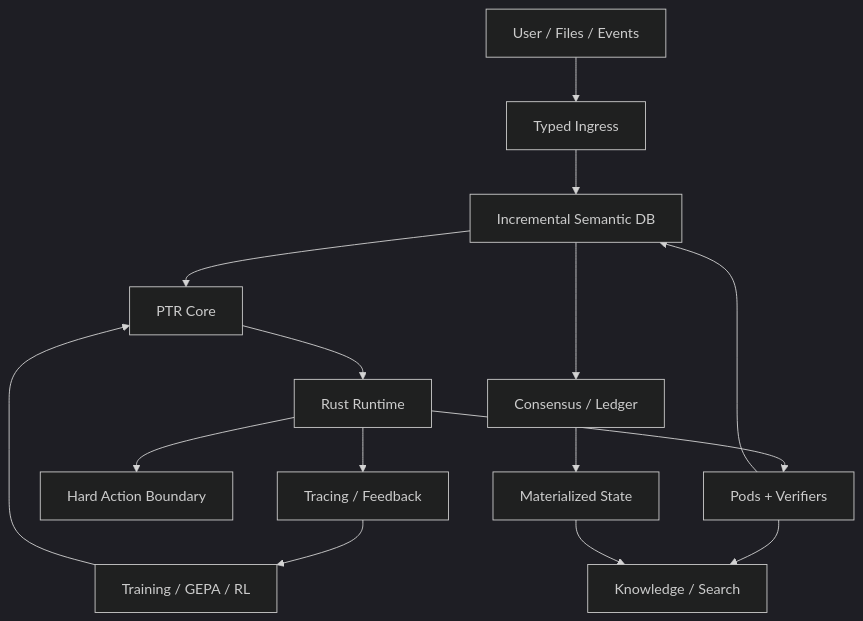
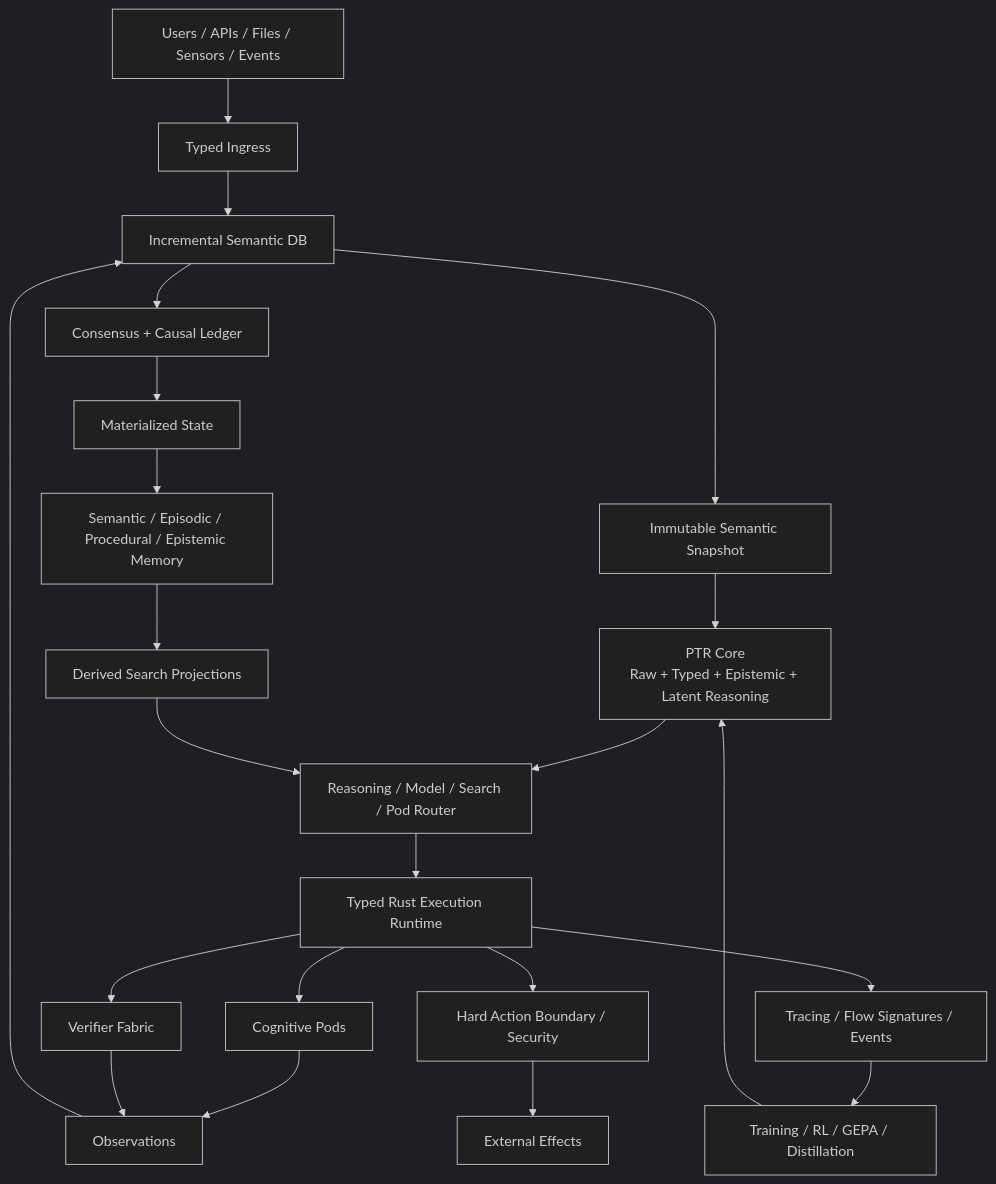
One commit to xrey167/PTR changed the diagram in docs/architecture/00-system.md. Above: the diagram before and after it, drawn with Mermaid (dark theme). The commit also changed other lines of this file and 94 other files, not shown here.

Commit message:
Document every PTR component and architecture plane

````diff
--- a/docs/architecture/00-system.md
+++ b/docs/architecture/00-system.md
@@ -5,17 +5,24 @@
 ```mermaid
 flowchart TB
-  U[User / Files / Events] --> I[Typed Ingress]
-  I --> S[Incremental Semantic DB]
-  S --> C[PTR Core]
-  C --> R[Rust Runtime]
-  R --> P[Pods + Verifiers]
-  P --> K[Knowledge / Search]
-  R --> A[Hard Action Boundary]
-  P --> S
-  S --> Q[Consensus / Ledger]
-  Q --> M[Materialized State]
-  M --> K
-  R --> O[Tracing / Feedback]
-  O --> L[Training / GEPA / RL]
-  L --> C
+  U["Users / APIs / Files / Sensors / Events"] --> IN["Typed Ingress"]
+  IN --> SDB["Incremental Semantic DB"]
+  SDB --> SNAP["Immutable Semantic Snapshot"]
+  SNAP --> CORE["PTR Core\nRaw + Typed + Epistemic + Latent Reasoning"]
+  CORE --> ROUTER["Reasoning / Model / Search / Pod Router"]
+  ROUTER --> EXEC["Typed Rust Execution Runtime"]
+  EXEC --> PODS["Cognitive Pods"]
+  EXEC --> VER["Verifier Fabric"]
+  PODS --> OBS["Observations"]
+  VER --> OBS
+  OBS --> SDB
+  EXEC --> SEC["Hard Action Boundary / Security"]
+  SEC --> ACT["External Effects"]
+  SDB --> LED["Consensus + Causal Ledger"]
+  LED --> STATE["Materialized State"]
+  STATE --> MEM["Semantic / Episodic / Procedural / Epistemic Memory"]
+  MEM --> SEARCH["Derived Search Projections"]
+  SEARCH --> ROUTER
+  EXEC --> TEL["Tracing / Flow Signatures / Events"]
+  TEL --> TRAIN["Training / RL / GEPA / Distillation"]
+  TRAIN --> CORE
 ```
````
